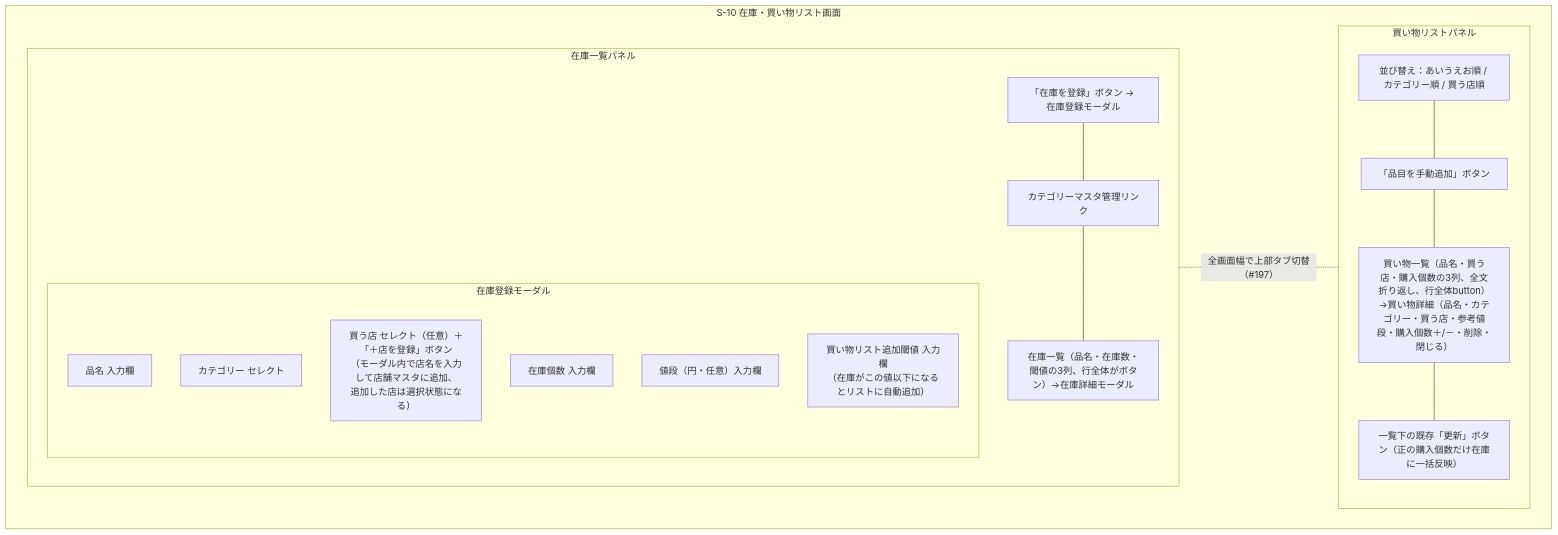
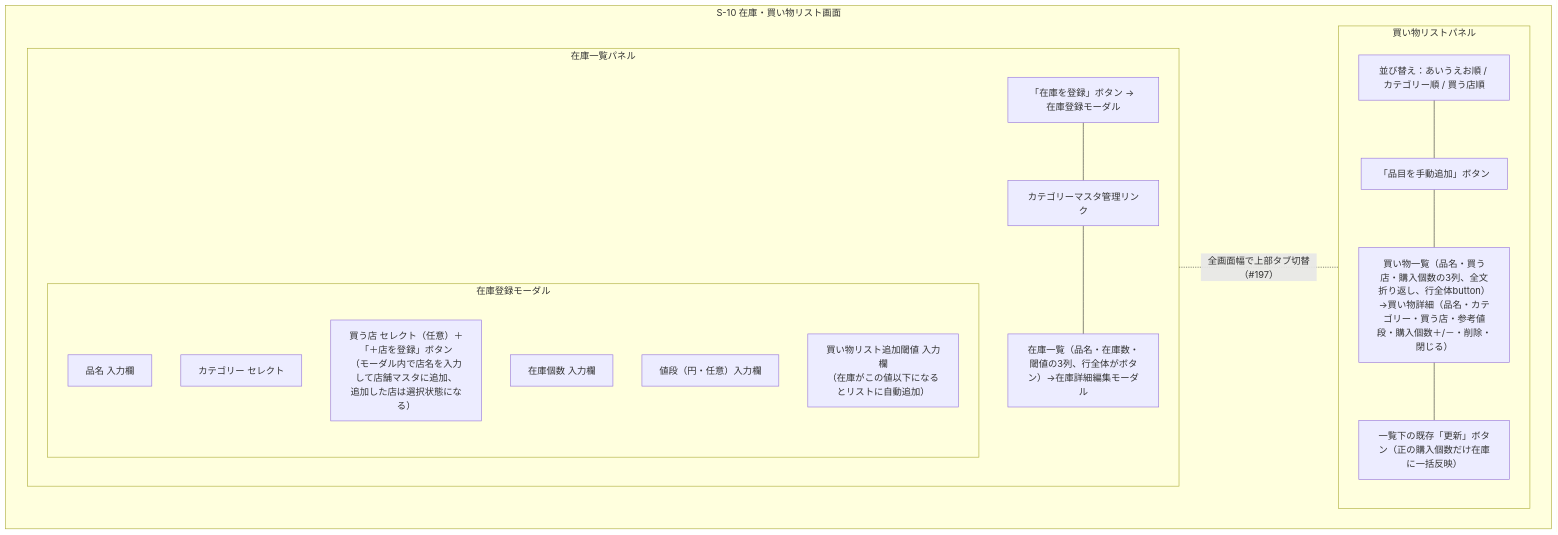
One commit to yamamotonaoki3/HomeLog changed the ninth of 17 diagrams in docs/details/wireframes.md. Above: the diagram before and after it, drawn with Mermaid. The commit also changed other lines of this file and 22 other files, not shown here.

````diff
--- a/docs/details/wireframes.md
+++ b/docs/details/wireframes.md
@@ -541,31 +541,31 @@
 ```mermaid
 flowchart TD
     subgraph Screen["S-10 在庫・買い物リスト画面"]
         direction LR
         subgraph InventoryPanel["在庫一覧パネル"]
             direction TB
             AddBtn["「在庫を登録」ボタン → 在庫登録モーダル"]
             subgraph InvModal["在庫登録モーダル"]
                 direction TB
                 InvName["品名 入力欄"]
                 InvCategory["カテゴリー セレクト"]
                 InvStore["買う店 セレクト（任意）＋「＋店を登録」ボタン\n（モーダル内で店名を入力して店舗マスタに追加、\n追加した店は選択状態になる）"]
                 InvQty["在庫個数 入力欄"]
                 InvPrice["値段（円・任意）入力欄"]
                 InvThreshold["買い物リスト追加閾値 入力欄\n（在庫がこの値以下になるとリストに自動追加）"]
             end
             MasterLink["カテゴリーマスタ管理リンク"]
-            InvList["在庫一覧（品名・在庫数・閾値の3列、行全体がボタン）→在庫詳細モーダル"]
+            InvList["在庫一覧（品名・在庫数・閾値の3列、行全体がボタン）→在庫詳細編集モーダル"]
         end
         subgraph ShoppingPanel["買い物リストパネル"]
             direction TB
             Sort["並び替え：あいうえお順 / カテゴリー順 / 買う店順"]
             ShopAddBtn["「品目を手動追加」ボタン"]
             ShopList["買い物一覧（品名・買う店・購入個数の3列、全文折り返し、行全体button）→買い物詳細（品名・カテゴリー・買う店・参考値段・購入個数＋/－・削除・閉じる）"]
             UpdateBtn["一覧下の既存「更新」ボタン（正の購入個数だけ在庫に一括反映）"]
         end
     end
     AddBtn --- MasterLink --- InvList
     Sort --- ShopAddBtn --- ShopList --- UpdateBtn
     InvList -. "全画面幅で上部タブ切替（#197）" .- ShopList
 ```
````
